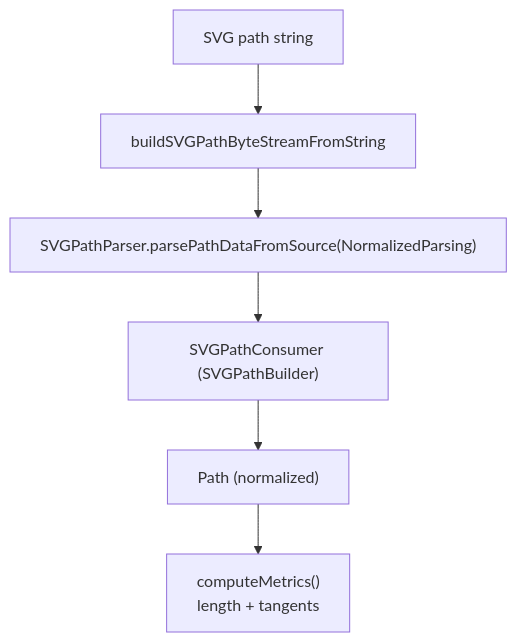
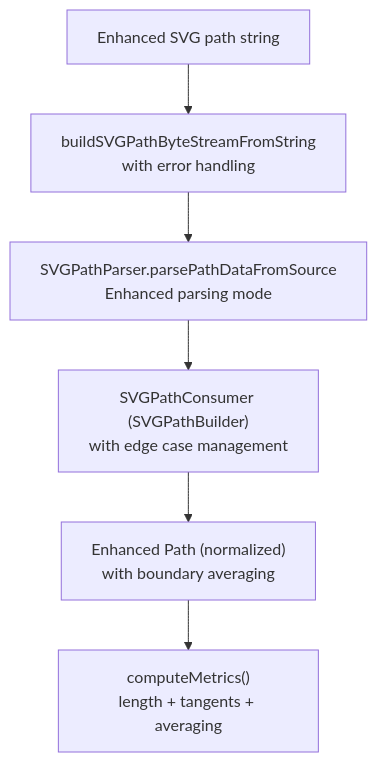
The fifth of 7 diagrams in .qoder/repowiki/en/content/Animated SVG Support/SMIL Animation Specification/SMIL Motion Animation.md (denisnadey/flutter_full_svg_support), drawn with Mermaid before and after one commit. The commit also changed other lines of this file and 20 other files, not shown here.

First line of the commit message:
feat(svg): implement comprehensive event handling with pointer and gesture support

````diff
--- a/.qoder/repowiki/en/content/Animated SVG Support/SMIL Animation Specification/SMIL Motion Animation.md
+++ b/.qoder/repowiki/en/content/Animated SVG Support/SMIL Animation Specification/SMIL Motion Animation.md
@@ -236,8 +265,8 @@
 ```mermaid
 flowchart TD
-In["SVG path string"] --> BuildBS["buildSVGPathByteStreamFromString"]
-BuildBS --> Parse["SVGPathParser.parsePathDataFromSource(NormalizedParsing)"]
-Parse --> Consume["SVGPathConsumer (SVGPathBuilder)"]
-Consume --> Out["Path (normalized)"]
-Out --> Metrics["computeMetrics()<br/>length + tangents"]
+In["Enhanced SVG path string"] --> BuildBS["buildSVGPathByteStreamFromString<br/>with error handling"]
+BuildBS --> Parse["SVGPathParser.parsePathDataFromSource<br/>Enhanced parsing mode"]
+Parse --> Consume["SVGPathConsumer (SVGPathBuilder)<br/>with edge case management"]
+Consume --> Out["Enhanced Path (normalized)<br/>with boundary averaging"]
+Out --> Metrics["computeMetrics()<br/>length + tangents + averaging"]
 ```
````
